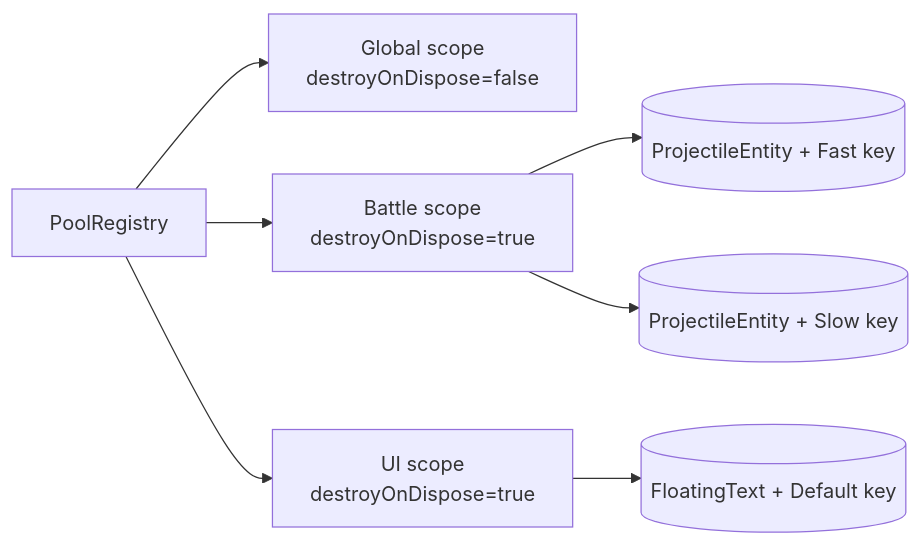
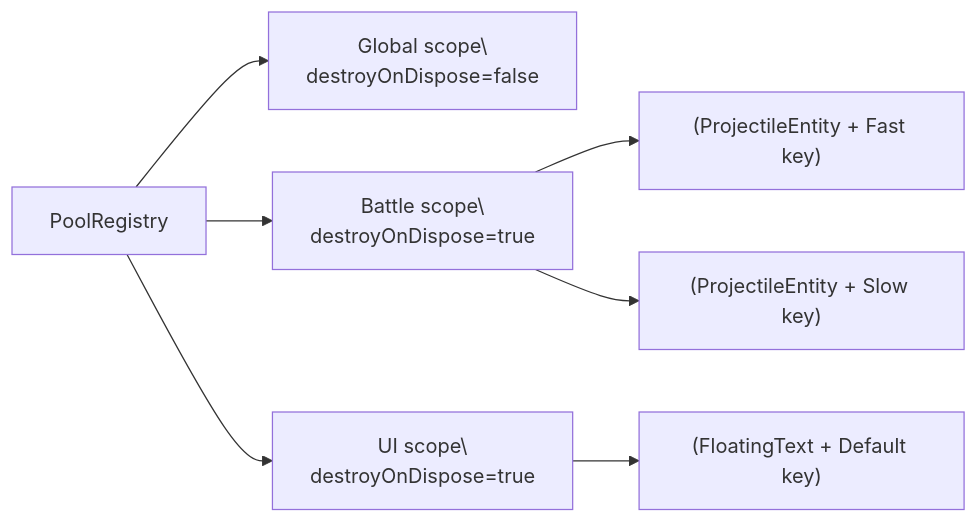
The fifth of 10 diagrams in Docs/design/05-CommonModules/02-ObjectPool.md (Kurumioi/AbilityKit), drawn with Mermaid before and after one commit. The commit also changed other lines of this file and 61 other files, not shown here.

````diff
--- a/Docs/design/05-CommonModules/02-ObjectPool.md
+++ b/Docs/design/05-CommonModules/02-ObjectPool.md
@@ -253,10 +253,10 @@
 ```mermaid
 flowchart LR
-    Registry[PoolRegistry] --> Global[Global scope\ndestroyOnDispose=false]
-    Registry --> Battle[Battle scope\ndestroyOnDispose=true]
-    Registry --> UI[UI scope\ndestroyOnDispose=true]
+    Registry["PoolRegistry"] --> Global["Global scope\\ndestroyOnDispose=false"]
+    Registry --> Battle["Battle scope\\ndestroyOnDispose=true"]
+    Registry --> UI["UI scope\\ndestroyOnDispose=true"]
 
-    Battle --> ProjectileFast[(ProjectileEntity + Fast key)]
-    Battle --> ProjectileSlow[(ProjectileEntity + Slow key)]
-    UI --> FloatingText[(FloatingText + Default key)]
+    Battle --> ProjectileFast["(ProjectileEntity + Fast key)"]
+    Battle --> ProjectileSlow["(ProjectileEntity + Slow key)"]
+    UI --> FloatingText["(FloatingText + Default key)"]
 ```
````
